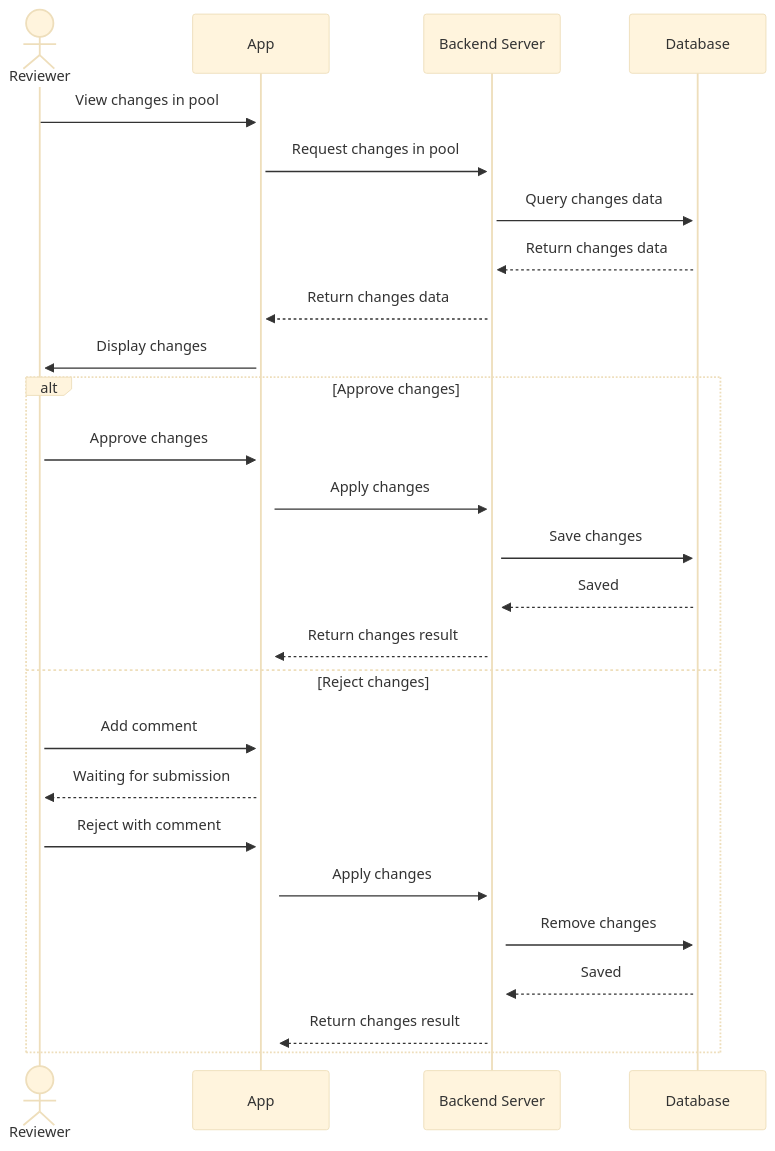
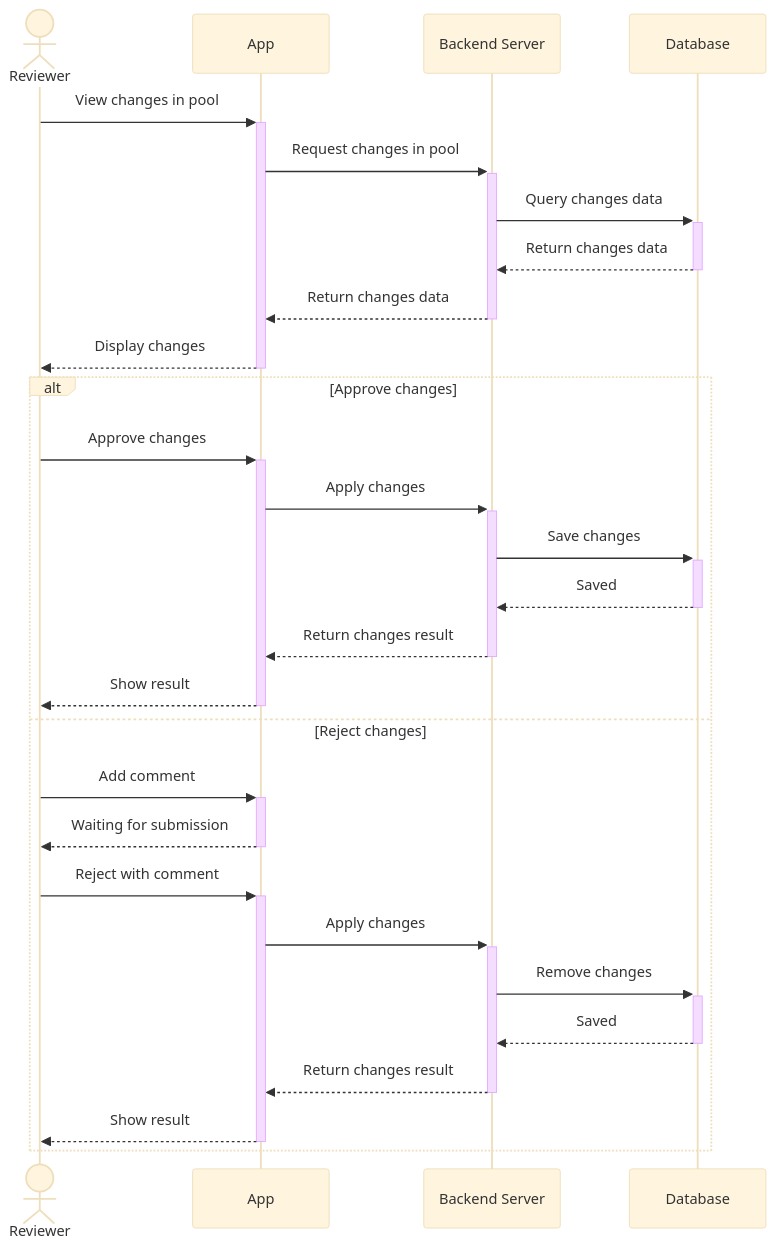
The diagram in docs/review.md (Jittapeak/jitta-contract-diagrams), drawn with Mermaid (base theme) before and after one commit. The commit also changed other lines of this file, not shown here.

Commit message:
fix: add title and activation not being close

````diff
--- a/docs/review.md
+++ b/docs/review.md
@@ -1,29 +4,34 @@
 ```mermaid
 sequenceDiagram
       actor Reviewer as Reviewer
       participant App as App
       participant Server as Backend Server
       participant DB as Database
 
       Reviewer ->>+ App: View changes in pool
       App ->>+ Server: Request changes in pool
       Server ->>+ DB: Query changes data
-      DB -->> Server: Return changes data
-      Server -->>+ App: Return changes data
-      App ->>+ Reviewer: Display changes
-    alt Approve changes
-        Reviewer ->>+ App: Approve changes
-        App ->>+ Server: Apply changes
-        Server ->>+ DB: Save changes
-        DB -->> Server: Saved
-        Server -->> App: Return changes result
+      DB -->>- Server: Return changes data
+      Server -->>- App: Return changes data
+      App -->>- Reviewer: Display changes
+
+      alt Approve changes
+          Reviewer ->>+ App: Approve changes
+          App ->>+ Server: Apply changes
+          Server ->>+ DB: Save changes
+          DB -->>- Server: Saved
+          Server -->>- App: Return changes result
+          App -->>- Reviewer: Show result
+
       else Reject changes
-        Reviewer ->>+ App: Add comment
-        App -->> Reviewer: Waiting for submission
-        Reviewer ->> App: Reject with comment
-        App ->>+ Server: Apply changes
-        Server ->>+ DB: Remove changes
-        DB -->> Server: Saved
-        Server -->> App: Return changes result
-    end
+          Reviewer ->>+ App: Add comment
+          App -->>- Reviewer: Waiting for submission
+
+          Reviewer ->>+ App: Reject with comment
+          App ->>+ Server: Apply changes
+          Server ->>+ DB: Remove changes
+          DB -->>- Server: Saved
+          Server -->>- App: Return changes result
+          App -->>- Reviewer: Show result
+      end
 ```
````
